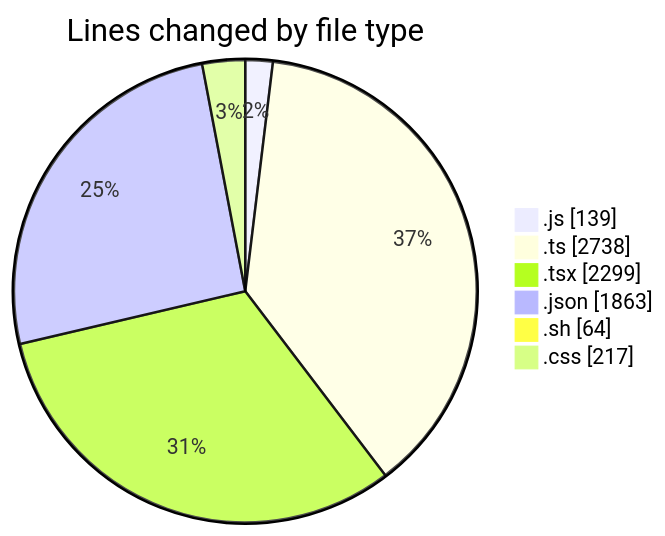
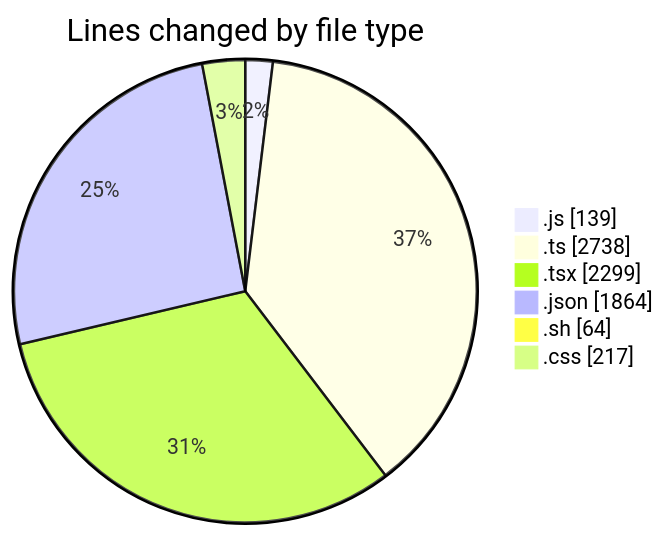
Before and after one commit to EIIisD/code-tracking: the first of 2 diagrams in 2025-07-14/ribbon/README.md, drawn with Mermaid. The commit also changed other lines of this file and 1 other file, not shown here.

````diff
--- a/2025-07-14/ribbon/README.md
+++ b/2025-07-14/ribbon/README.md
@@ -52,10 +53,10 @@
 ```mermaid
 pie showData
 title Lines changed by file type
 ".js" : 139
 ".ts" : 2738
 ".tsx" : 2299
-".json" : 1863
+".json" : 1864
 ".sh" : 64
 ".css" : 217
 ```
````
